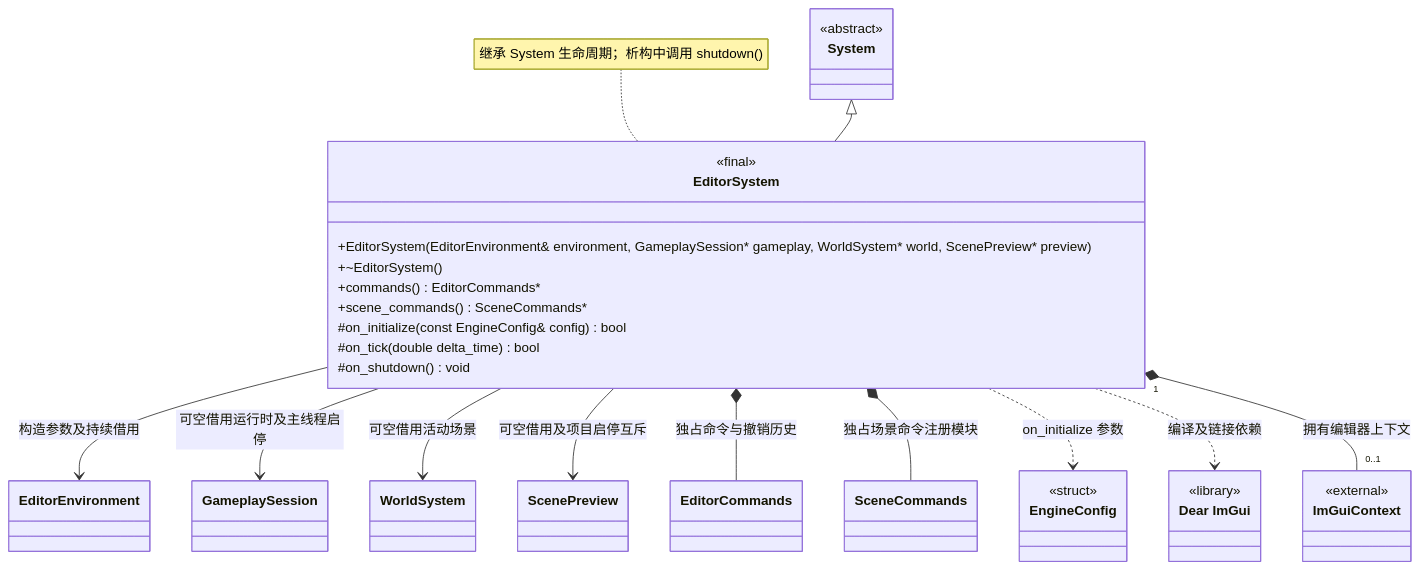
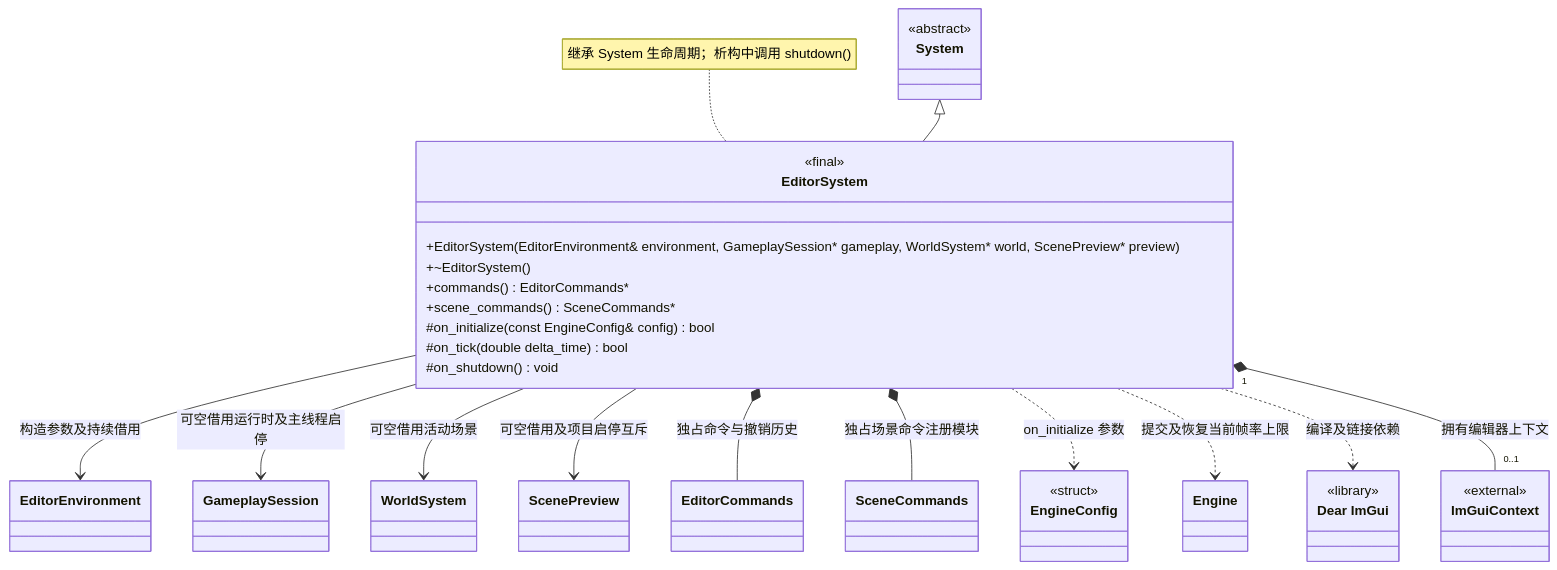
One commit to lcals/Engine changed the diagram in docs/editor/class-diagrams/editor-system.md. Above: the diagram before and after it, drawn with Mermaid. The commit also changed other lines of this file and 24 other files, not shown here.

````diff
--- a/docs/editor/class-diagrams/editor-system.md
+++ b/docs/editor/class-diagrams/editor-system.md
@@ -7,43 +7,45 @@
 ```mermaid
 classDiagram
     direction TB
     class EditorSystem {
         <<final>>
         +EditorSystem(EditorEnvironment& environment, GameplaySession#42; gameplay, WorldSystem#42; world, ScenePreview#42; preview)
         +~EditorSystem()
         +commands() EditorCommands#42;
         +scene_commands() SceneCommands#42;
         #on_initialize(const EngineConfig& config) bool
         #on_tick(double delta_time) bool
         #on_shutdown() void
     }
     class System {
         <<abstract>>
     }
     class EngineConfig {
         <<struct>>
     }
+    class Engine
     class EditorEnvironment
     class GameplaySession
     class WorldSystem
     class EditorCommands
     class SceneCommands
     class ScenePreview
     class DearImGui["Dear ImGui"] {
         <<library>>
     }
     class ImGuiContext {
         <<external>>
     }
     System <|-- EditorSystem
     EditorSystem --> EditorEnvironment : 构造参数及持续借用
     EditorSystem --> GameplaySession : 可空借用运行时及主线程启停
     EditorSystem --> WorldSystem : 可空借用活动场景
     EditorSystem --> ScenePreview : 可空借用及项目启停互斥
     EditorSystem *-- EditorCommands : 独占命令与撤销历史
     EditorSystem *-- SceneCommands : 独占场景命令注册模块
     EditorSystem ..> EngineConfig : on_initialize 参数
+    EditorSystem ..> Engine : 提交及恢复当前帧率上限
     EditorSystem ..> DearImGui : 编译及链接依赖
     EditorSystem "1" *-- "0..1" ImGuiContext : 拥有编辑器上下文
     note for EditorSystem "继承 System 生命周期；析构中调用 shutdown()"
 ```
````
